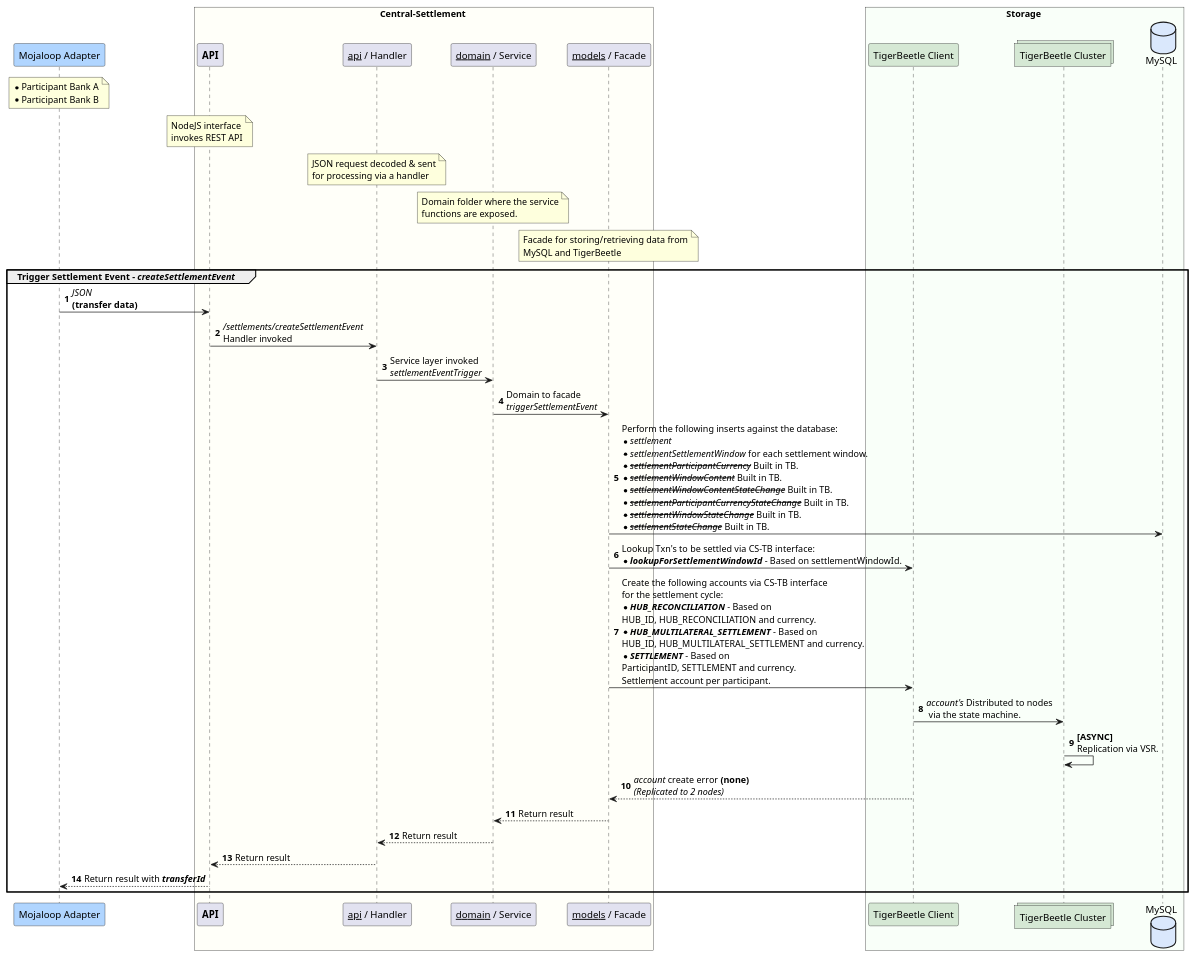
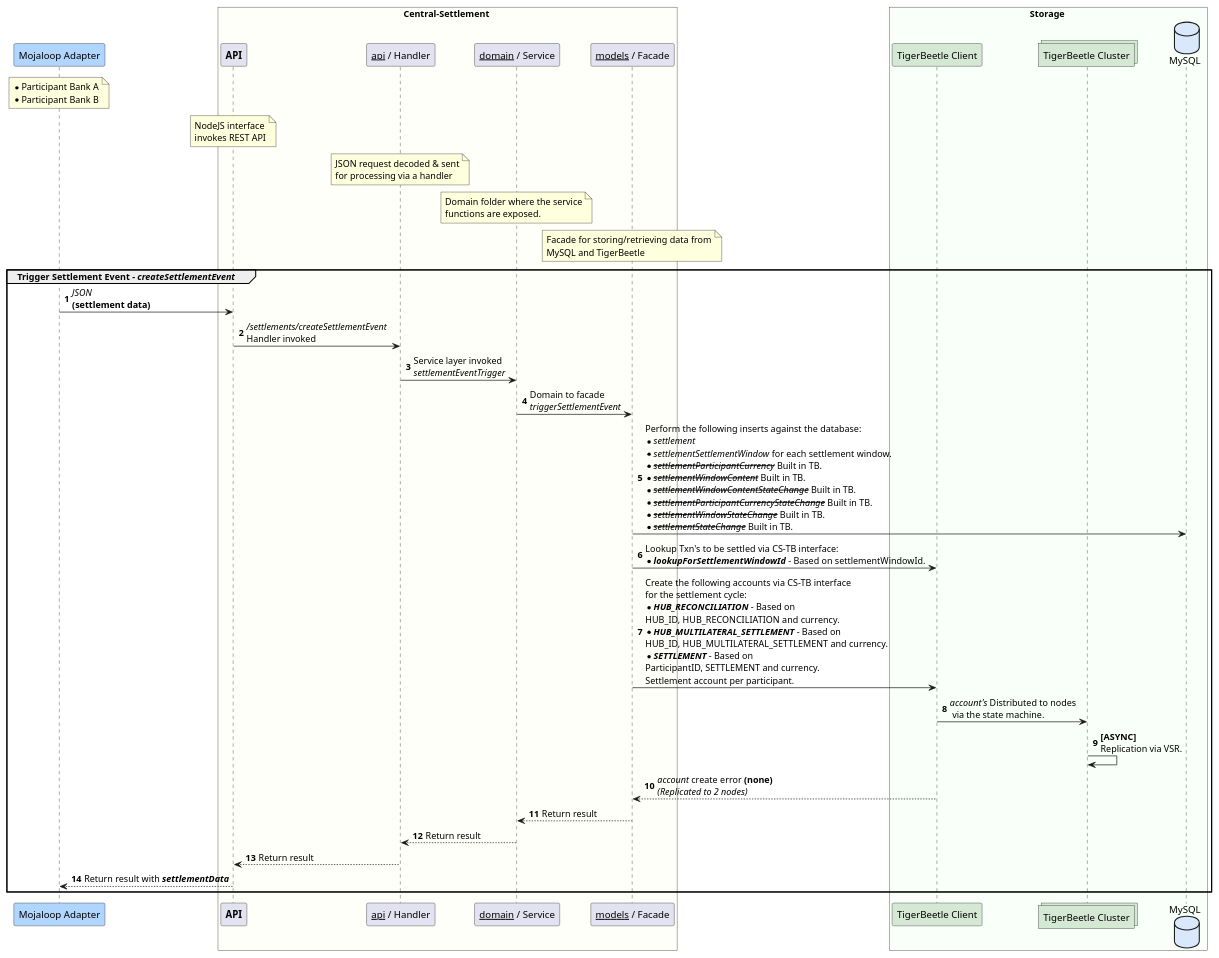
Before and after one commit to coilhq/mucoa: the diagram in solution_design/sequence-settlement-tb-enabled-trigger.puml, drawn with PlantUML. The commit also changed 4 other files, not shown here.

Commit message:
Updated sequence diagrams.

```diff
--- a/solution_design/sequence-settlement-tb-enabled-trigger.puml
+++ b/solution_design/sequence-settlement-tb-enabled-trigger.puml
@@ -1,60 +1,60 @@
 @startuml
 
 participant "Mojaloop Adapter" as dfsp #B0D5FF
 note over dfsp
     * Participant Bank A
     * Participant Bank B
 end note
 
 box Central-Settlement #FFFFF9
     participant "**API**" as cl_api
     participant "__api__ / Handler" as cs_handler
     participant "__domain__ / Service" as cs_domain
     participant "__models__ / Facade" as cs_facade
 
 note over cl_api
         NodeJS interface
         invokes REST API
     end note
 
     note over cs_handler
         JSON request decoded & sent
         for processing via a handler
     end note
 
     note over cs_domain
         Domain folder where the service
         functions are exposed.
     end note
 
     note over cs_facade
         Facade for storing/retrieving data from
         MySQL and TigerBeetle
     end note
 end box
 
 box Storage #F9FFF9
 	participant "TigerBeetle Client" as tb_client #D5E8D4
 	collections "TigerBeetle Cluster" as tb_nodes #D5E8D4
 	database "MySQL" as cl_db #DAE8FC
 end box
 
 autonumber
 group Trigger Settlement Event - //createSettlementEvent//
-    dfsp -> cl_api : //JSON// \n**(transfer data)**
+    dfsp -> cl_api : //JSON// \n**(settlement data)**
     cl_api -> cs_handler : ///settlements/createSettlementEvent// \nHandler invoked
     cs_handler -> cs_domain : Service layer invoked\n//settlementEventTrigger//
     cs_domain -> cs_facade : Domain to facade\n//triggerSettlementEvent//
     cs_facade -> cl_db : Perform the following inserts against the database:\n*//settlement//\n*//settlementSettlementWindow// for each settlement window.\n*--//settlementParticipantCurrency//-- Built in TB. \n*--//settlementWindowContent//-- Built in TB. \n*--//settlementWindowContentStateChange//-- Built in TB. \n*--//settlementParticipantCurrencyStateChange//-- Built in TB.\n*--//settlementWindowStateChange//-- Built in TB.\n*--//settlementStateChange//-- Built in TB.
     cs_facade -> tb_client : Lookup Txn's to be settled via CS-TB interface:\n*//**lookupForSettlementWindowId**// - Based on settlementWindowId.
     cs_facade -> tb_client : Create the following accounts via CS-TB interface \nfor the settlement cycle:\n*//**HUB_RECONCILIATION**// - Based on \nHUB_ID, HUB_RECONCILIATION and currency.\n*//**HUB_MULTILATERAL_SETTLEMENT**// - Based on \nHUB_ID, HUB_MULTILATERAL_SETTLEMENT and currency.\n*//**SETTLEMENT**// - Based on \nParticipantID, SETTLEMENT and currency.\nSettlement account per participant.
     tb_client -> tb_nodes : //account's// Distributed to nodes\n via the state machine.
     tb_nodes -> tb_nodes : **[ASYNC]**\nReplication via VSR.
     tb_client --> cs_facade : //account// create error **(none)**\n//(Replicated to 2 nodes)//
     cs_facade --> cs_domain : Return result
     cs_domain --> cs_handler : Return result
     cs_handler --> cl_api : Return result
-    cl_api --> dfsp : Return result with //**transferId**//
+    cl_api --> dfsp : Return result with //**settlementData**//
 end
 
 @enduml
```
